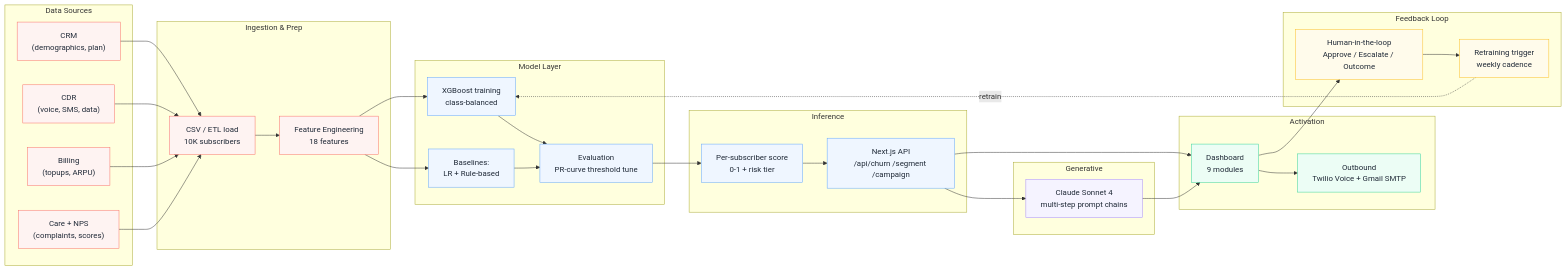
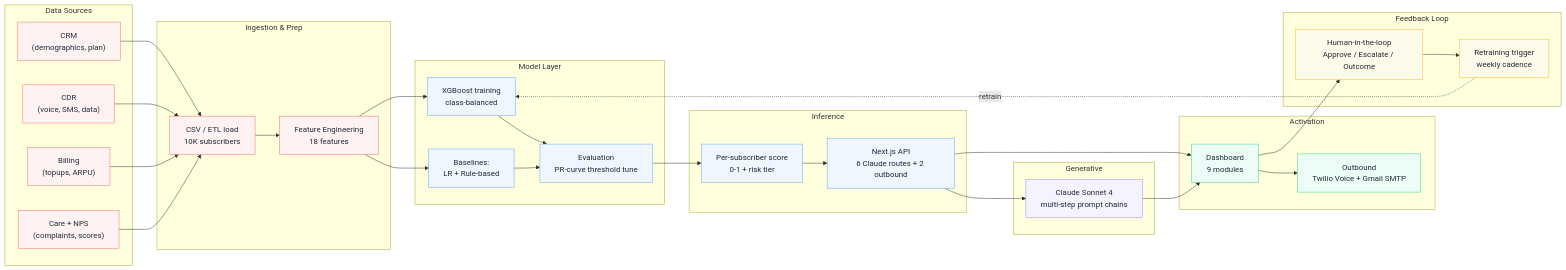
Before and after one commit to mn3265-commits/telcopulse-ai: the diagram in docs/diagrams/ai_factory.mmd, drawn with Mermaid. The commit also changed 13 other files, not shown here.

First line of the commit message:
Wire Persona Architect and Launch Copilot to live Claude

```diff
--- a/docs/diagrams/ai_factory.mmd
+++ b/docs/diagrams/ai_factory.mmd
@@ -1,68 +1,68 @@
 flowchart LR
     subgraph S1["Data Sources"]
         DS1["CRM<br/>(demographics, plan)"]
         DS2["CDR<br/>(voice, SMS, data)"]
         DS3["Billing<br/>(topups, ARPU)"]
         DS4["Care + NPS<br/>(complaints, scores)"]
     end
 
     subgraph S2["Ingestion & Prep"]
         IN["CSV / ETL load<br/>10K subscribers"]
         FE["Feature Engineering<br/>18 features"]
     end
 
     subgraph S3["Model Layer"]
         TR["XGBoost training<br/>class-balanced"]
         BL["Baselines:<br/>LR + Rule-based"]
         EV["Evaluation<br/>PR-curve threshold tune"]
     end
 
     subgraph S4["Inference"]
         SC["Per-subscriber score<br/>0-1 + risk tier"]
-        API["Next.js API<br/>/api/churn /segment /campaign"]
+        API["Next.js API<br/>6 Claude routes + 2 outbound"]
     end
 
     subgraph S5["Generative"]
         CL["Claude Sonnet 4<br/>multi-step prompt chains"]
     end
 
     subgraph S6["Activation"]
         UI["Dashboard<br/>9 modules"]
         OUT["Outbound<br/>Twilio Voice + Gmail SMTP"]
     end
 
     subgraph S7["Feedback Loop"]
         HITL["Human-in-the-loop<br/>Approve / Escalate / Outcome"]
         RT["Retraining trigger<br/>weekly cadence"]
     end
 
     DS1 --> IN
     DS2 --> IN
     DS3 --> IN
     DS4 --> IN
     IN --> FE
     FE --> TR
     FE --> BL
     TR --> EV
     BL --> EV
     EV --> SC
     SC --> API
     API --> CL
     API --> UI
     CL --> UI
     UI --> OUT
     UI --> HITL
     HITL --> RT
     RT -.->|retrain| TR
 
     classDef data fill:#FEF3F2,stroke:#F97066,stroke-width:1px,color:#1F2937
     classDef compute fill:#EFF6FF,stroke:#60A5FA,stroke-width:1px,color:#1F2937
     classDef gen fill:#F5F3FF,stroke:#A78BFA,stroke-width:1px,color:#1F2937
     classDef out fill:#ECFDF5,stroke:#34D399,stroke-width:1px,color:#1F2937
     classDef fb fill:#FFFBEB,stroke:#FBBF24,stroke-width:1px,color:#1F2937
 
     class DS1,DS2,DS3,DS4,IN,FE data
     class TR,BL,EV,SC,API compute
     class CL gen
     class UI,OUT out
     class HITL,RT fb
```
